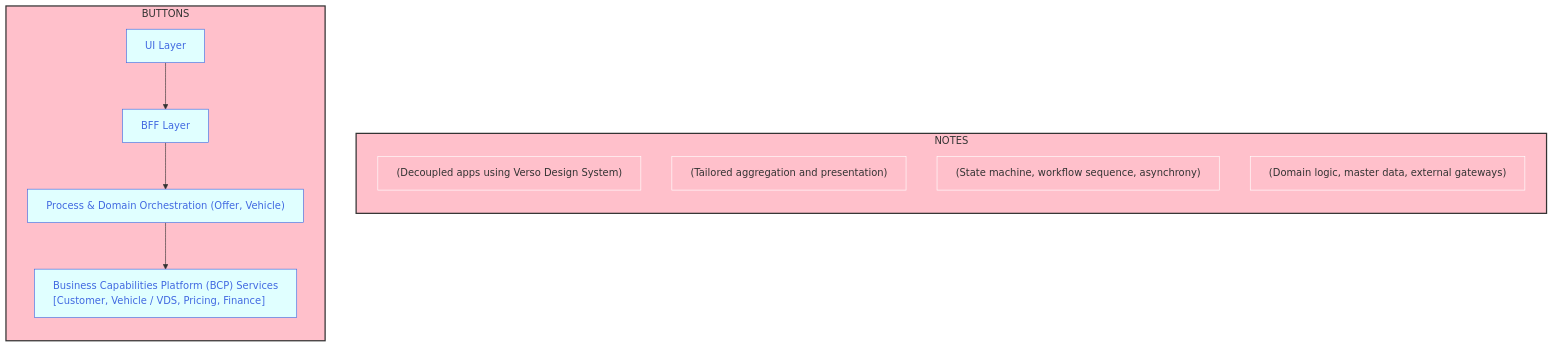
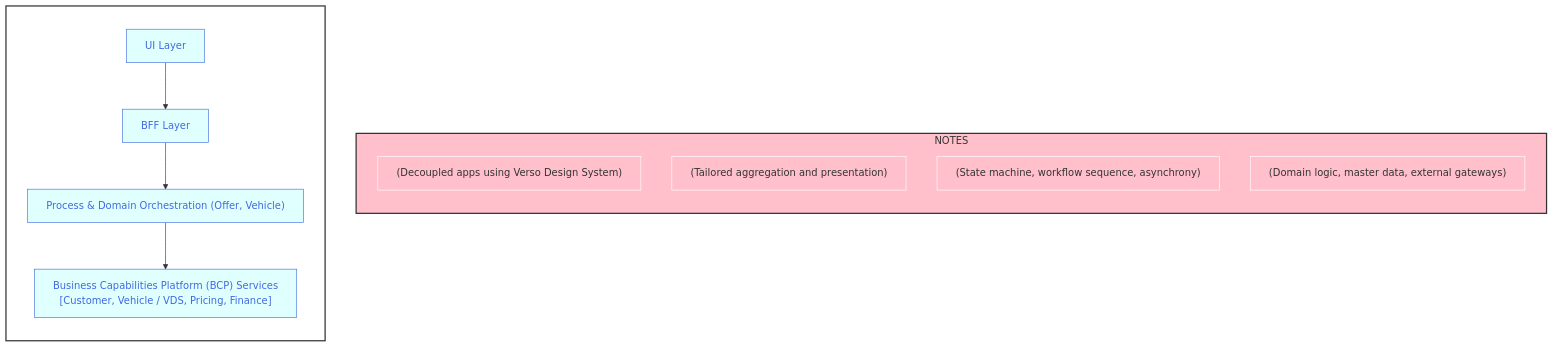
Before and after one commit to joe-dorward/samples: the diagram in buttons_mermaid_v3.md, drawn with Mermaid.

````diff
--- a/buttons_mermaid_v3.md
+++ b/buttons_mermaid_v3.md
@@ -3,49 +3,49 @@
 ```mermaid
   %%{
     init: {"flowchart": { "markdownAutoWrap":"false", "textWrap":"false", "wrappingWidth": "100%" }
     }
   }%%
   flowchart LR
 
-  classDef Button fill:lightcyan, stroke:royalblue, color:royalblue, text-align:left;
+  classDef Button fill:lightcyan, stroke:royalblue, color:royalblue;
   classDef Note fill:transparent, stroke:white, text-align:left;
   %% ---------- ---------- ---------- ---------- ---------- ---------- ---------- ---------- ---------- ----------
   subgraph BUTTONS
     direction TD
 
     BUTTON_01["UI Layer"]:::Button
     click BUTTON_01 "https://en.wikipedia.org/wiki/Main_Page" _blank
 
     BUTTON_02["BFF Layer"]:::Button
     click BUTTON_02 "https://en.wikipedia.org/wiki/Main_Page" _blank
 
     BUTTON_03["Process & Domain Orchestration (Offer, Vehicle)"]:::Button
     click BUTTON_03 "https://en.wikipedia.org/wiki/Main_Page" _blank
 
     BUTTON_04["Business Capabilities Platform (BCP) Services<br/>[Customer, Vehicle / VDS, Pricing, Finance]"]:::Button
     click BUTTON_04 "https://en.wikipedia.org/wiki/Main_Page" _blank
   end
 
   %% ---------- ---------- ---------- ---------- ---------- ---------- ---------- ---------- ---------- ----------
   subgraph NOTES
     direction TD
     BUTTON_01_NOTE["(Decoupled apps using Verso Design System)"]:::Note
     BUTTON_02_NOTE["(Tailored aggregation and presentation)"]:::Note
     BUTTON_03_NOTE["(State machine, workflow sequence, asynchrony)"]:::Note
     BUTTON_04_NOTE["(Domain logic, master data, external gateways)"]:::Note
   end
   %% ---------- ---------- ---------- ---------- ---------- ---------- ---------- ---------- ---------- ----------
   %% invisibly connect BUTTONS (sub-graph) to NOTES (sub-graph)
   BUTTONS~~~
   NOTES
   %% ---------- ---------- ---------- ---------- ---------- ---------- ---------- ---------- ---------- ----------
   %% connect buttons
   BUTTON_01-->
   BUTTON_02-->
   BUTTON_03-->
   BUTTON_04
   %% ---------- ---------- ---------- ---------- ---------- ---------- ---------- ---------- ---------- ----------
-  style BUTTONS fill:pink,stroke:#333,stroke-width:2px
+  style BUTTONS fill:transparent,color:white,stroke:#333,stroke-width:2px
   style NOTES fill:pink,stroke:#333,stroke-width:2px
 
 ```
````
